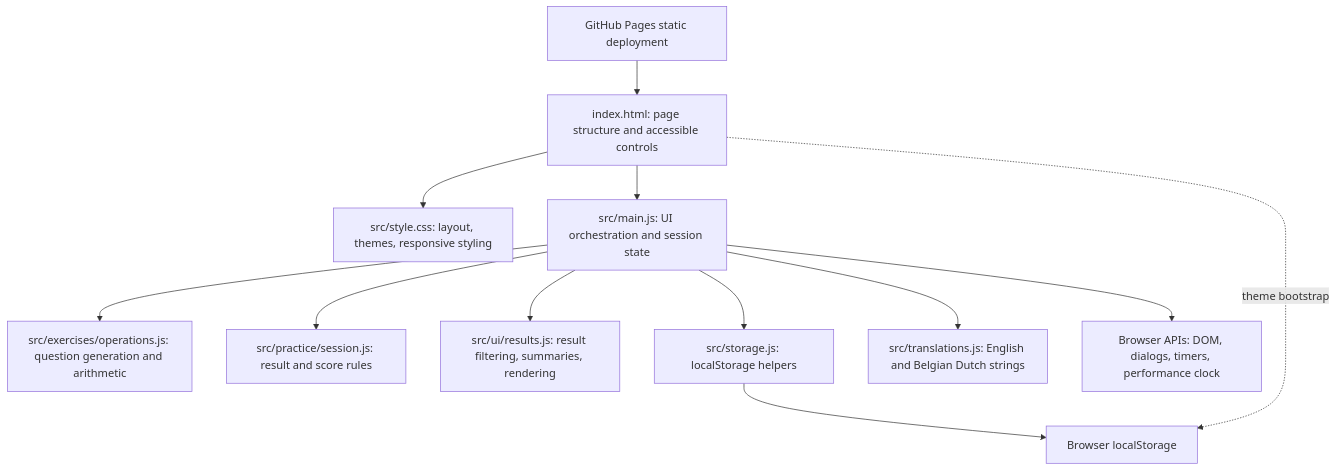
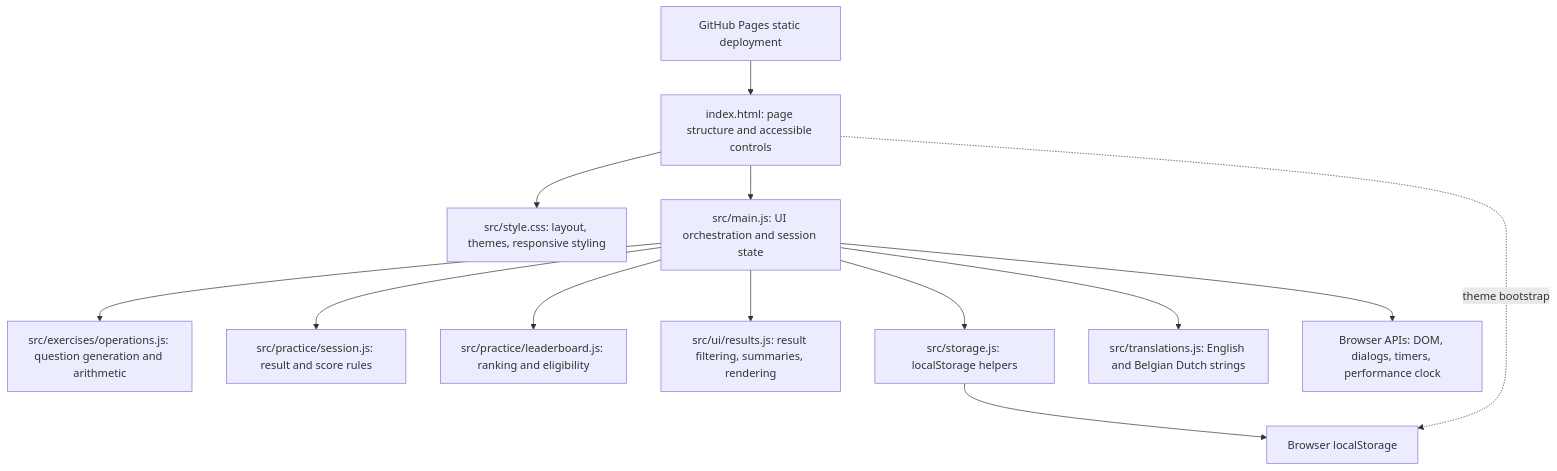
Before and after one commit to AbrahamEastwood/math-sprout: the diagram in docs/architecture.md, drawn with Mermaid. The commit also changed other lines of this file and 4 other files, not shown here.

Commit message:
Add local leaderboard ranking and persistence

````diff
--- a/docs/architecture.md
+++ b/docs/architecture.md
@@ -11,26 +11,28 @@
 ```mermaid
 flowchart TD
     HTML[index.html: page structure and accessible controls]
     CSS[src/style.css: layout, themes, responsive styling]
     MAIN[src/main.js: UI orchestration and session state]
     OPS[src/exercises/operations.js: question generation and arithmetic]
     SESSION[src/practice/session.js: result and score rules]
+    LEADERBOARD[src/practice/leaderboard.js: ranking and eligibility]
     RESULTS[src/ui/results.js: result filtering, summaries, rendering]
     STORAGE[src/storage.js: localStorage helpers]
     I18N[src/translations.js: English and Belgian Dutch strings]
     BROWSER[Browser APIs: DOM, dialogs, timers, performance clock]
     LOCAL[Browser localStorage]
     PAGES[GitHub Pages static deployment]
 
     HTML --> MAIN
     HTML --> CSS
     MAIN --> OPS
     MAIN --> SESSION
+    MAIN --> LEADERBOARD
     MAIN --> RESULTS
     MAIN --> STORAGE
     MAIN --> I18N
     MAIN --> BROWSER
     STORAGE --> LOCAL
     HTML -. theme bootstrap .-> LOCAL
     PAGES --> HTML
 ```
````
